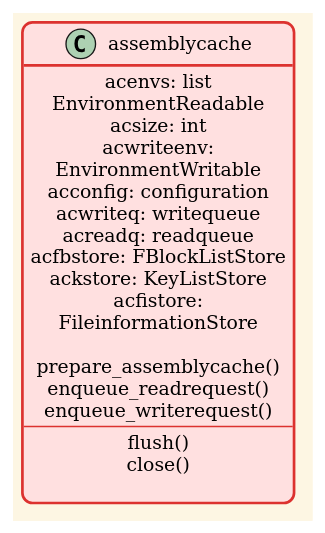
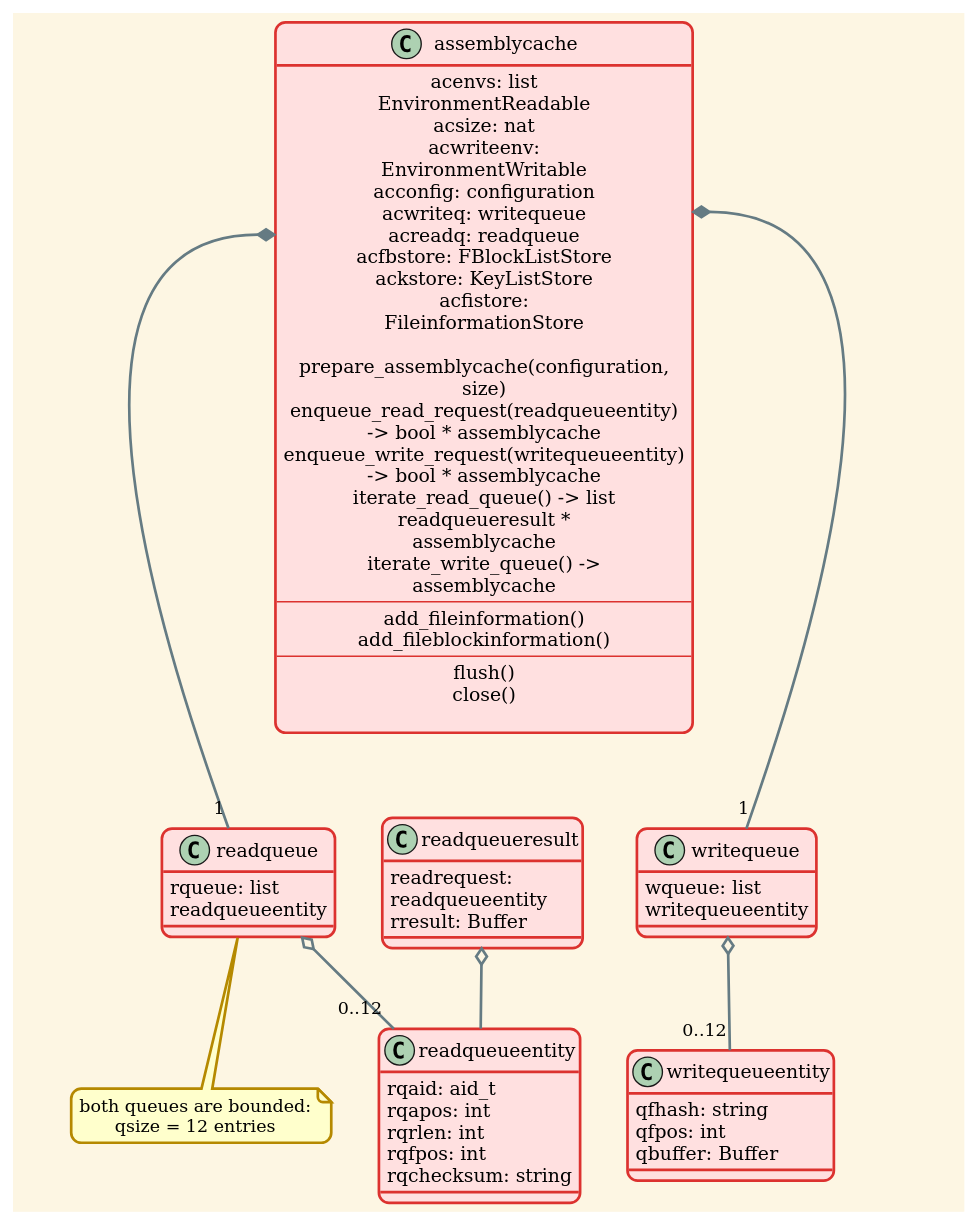
One commit to eLyKseeR/modelling changed the first of 5 diagrams in services.uml/assemblycache.puml. Above: the diagram before and after it, drawn with PlantUML. The commit also changed other lines of this file and 40 other files, not shown here.

```diff
--- a/services.uml/assemblycache.puml
+++ b/services.uml/assemblycache.puml
@@ -3,25 +3,68 @@
 @startuml assemblycache
 
 !theme sunlust
 
 class assemblycache {
     acenvs: list EnvironmentReadable
-    acsize: int
+    acsize: nat
     acwriteenv: EnvironmentWritable
     acconfig: configuration
     acwriteq: writequeue
     acreadq: readqueue
     acfbstore: FBlockListStore
     ackstore: KeyListStore
     acfistore: FileinformationStore
 
-    prepare_assemblycache()
-    enqueue_readrequest()
-    enqueue_writerequest()
+    prepare_assemblycache(configuration, size)
+    enqueue_read_request(readqueueentity) -> bool * assemblycache
+    enqueue_write_request(writequeueentity) -> bool * assemblycache
+    iterate_read_queue() -> list readqueueresult * assemblycache
+    iterate_write_queue() -> assemblycache
+    ----
+    add_fileinformation()
+    add_fileblockinformation()
     ----
     flush()
     close()
 
 }
 
+class readqueueentity {
+    rqaid: aid_t
+    rqapos: int
+    rqrlen: int
+    rqfpos: int
+    rqchecksum: string
+}
+
+class writequeueentity {
+    qfhash: string
+    qfpos: int
+    qbuffer: Buffer
+}
+
+class readqueueresult {
+    readrequest: readqueueentity
+    rresult: Buffer
+}
+
+class readqueue {
+    rqueue: list readqueueentity
+}
+
+class writequeue {
+    wqueue: list writequeueentity
+}
+
+note bottom of readqueue
+    both queues are bounded:
+    qsize = 12 entries
+end note
+
+assemblycache::acreadq *-- "1" readqueue
+assemblycache::acwriteq *-- "1" writequeue
+readqueue o-- "0..12" readqueueentity
+writequeue o-- "0..12" writequeueentity
+readqueueresult o-- readqueueentity
+
 @enduml
```
